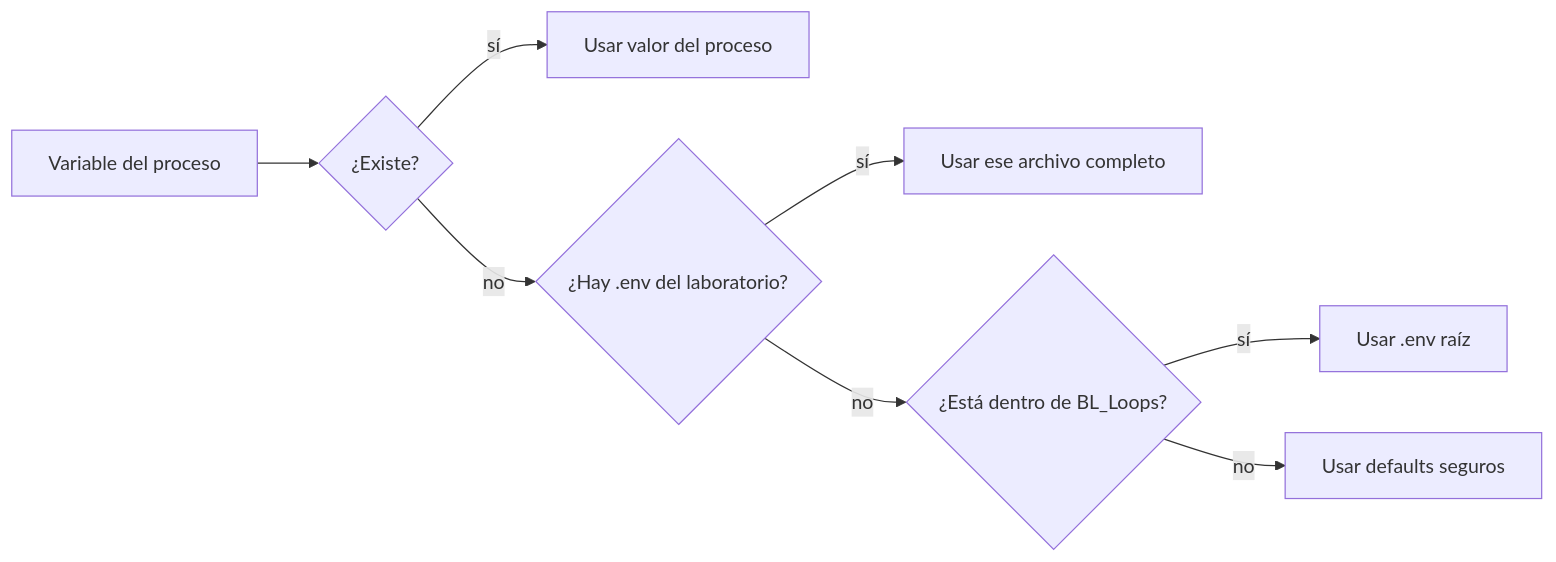
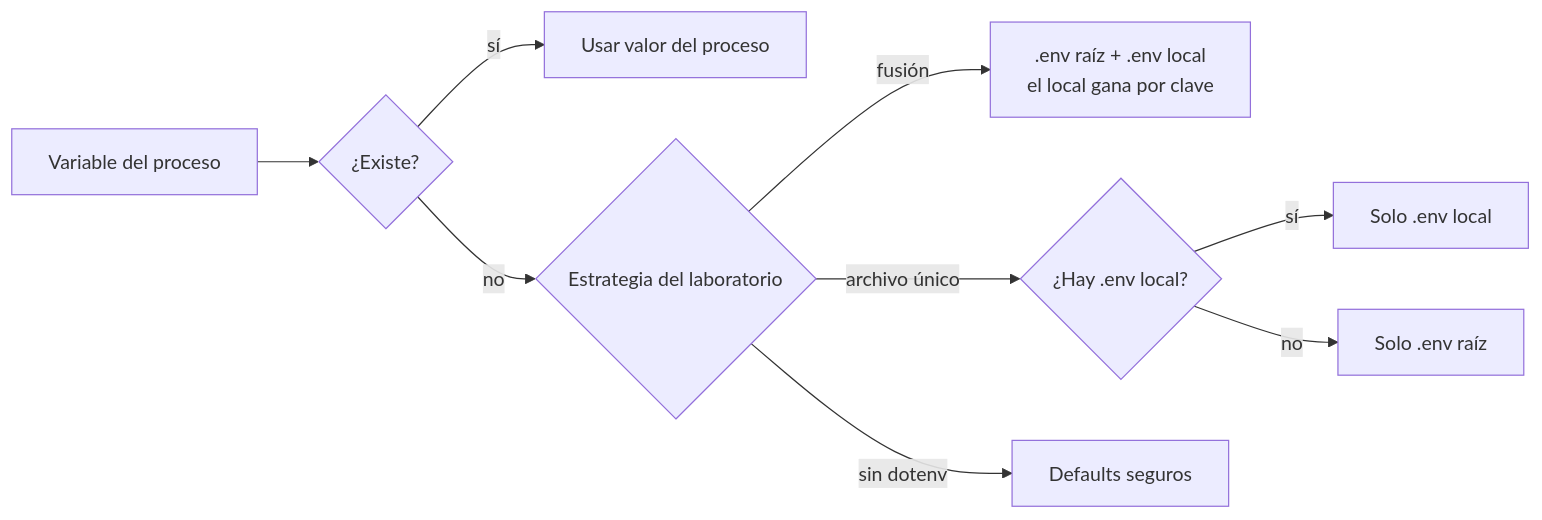
The second of 2 diagrams in docs/humano/maestro/ENVIRONMENTS.md (Cristrva1/BL_Loops), drawn with Mermaid before and after one commit. The commit also changed other lines of this file and 249 other files, not shown here.

````diff
--- a/docs/humano/maestro/ENVIRONMENTS.md
+++ b/docs/humano/maestro/ENVIRONMENTS.md
@@ -67,10 +76,11 @@
 ```mermaid
 flowchart LR
     A[Variable del proceso] --> B{¿Existe?}
     B -- sí --> Z[Usar valor del proceso]
-    B -- no --> C{¿Hay .env del laboratorio?}
-    C -- sí --> D[Usar ese archivo completo]
-    C -- no --> E{¿Está dentro de BL_Loops?}
-    E -- sí --> F[Usar .env raíz]
-    E -- no --> G[Usar defaults seguros]
+    B -- no --> C{Estrategia del laboratorio}
+    C -- fusión --> D[.env raíz + .env local<br/>el local gana por clave]
+    C -- archivo único --> E{¿Hay .env local?}
+    E -- sí --> F[Solo .env local]
+    E -- no --> G[Solo .env raíz]
+    C -- sin dotenv --> H[Defaults seguros]
 ```
````
